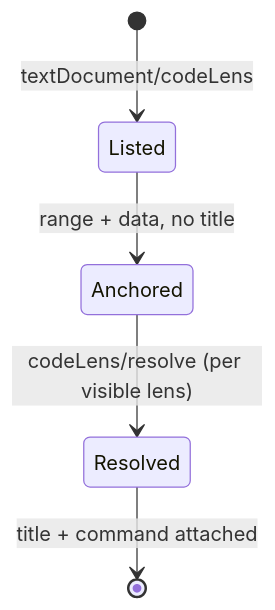
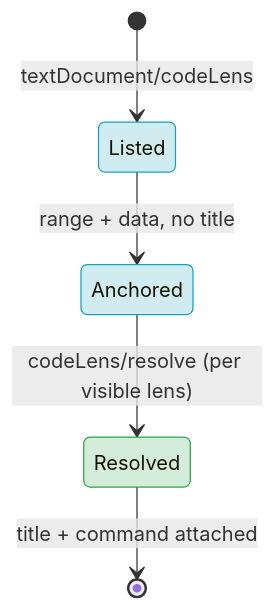
Before and after one commit to alex-oleshkevich/jinja-lsp: the diagram in specs/features/F15-code-lens.md, drawn with Mermaid. The commit also changed other lines of this file and 15 other files, not shown here.

````diff
--- a/specs/features/F15-code-lens.md
+++ b/specs/features/F15-code-lens.md
@@ -170,7 +172,11 @@
 ```mermaid
 stateDiagram-v2
     [*] --> Listed: textDocument/codeLens
     Listed --> Anchored: range + data, no title
     Anchored --> Resolved: codeLens/resolve (per visible lens)
     Resolved --> [*]: title + command attached
+    classDef cheap fill:#d1ecf1,stroke:#17a2b8;
+    classDef done fill:#d4edda,stroke:#28a745;
+    class Listed,Anchored cheap
+    class Resolved done
 ```
````
